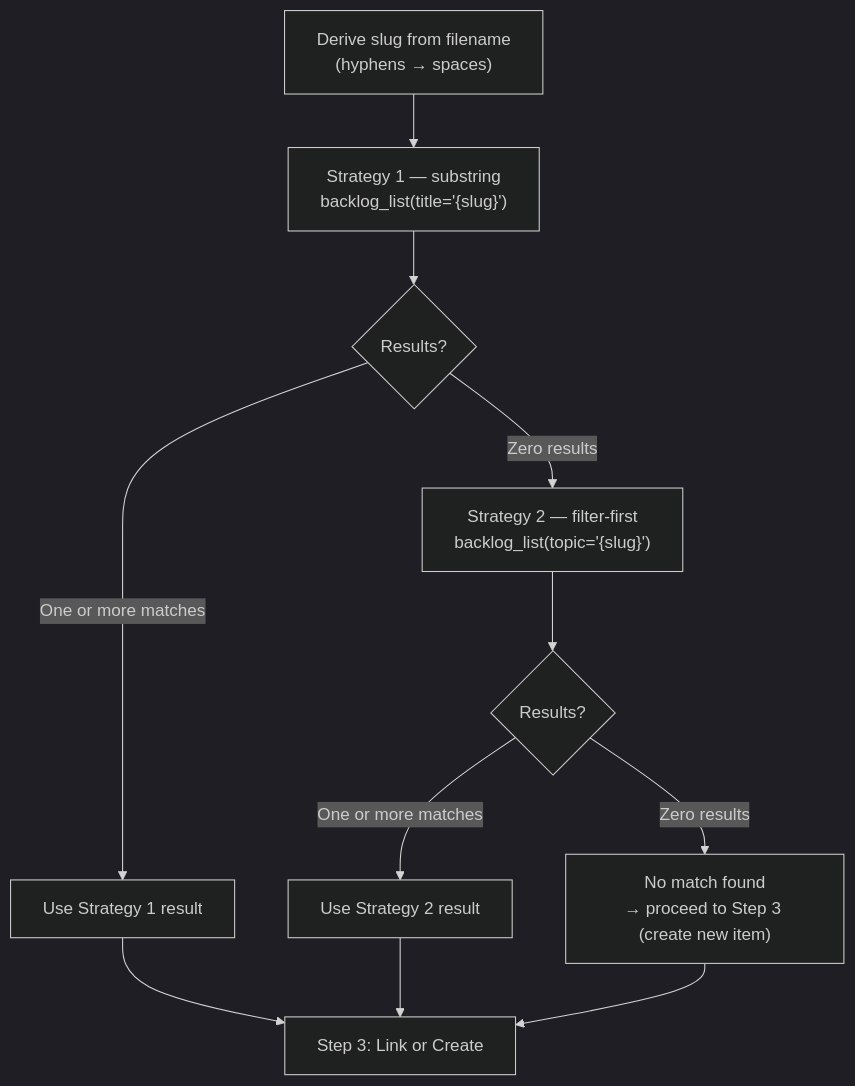
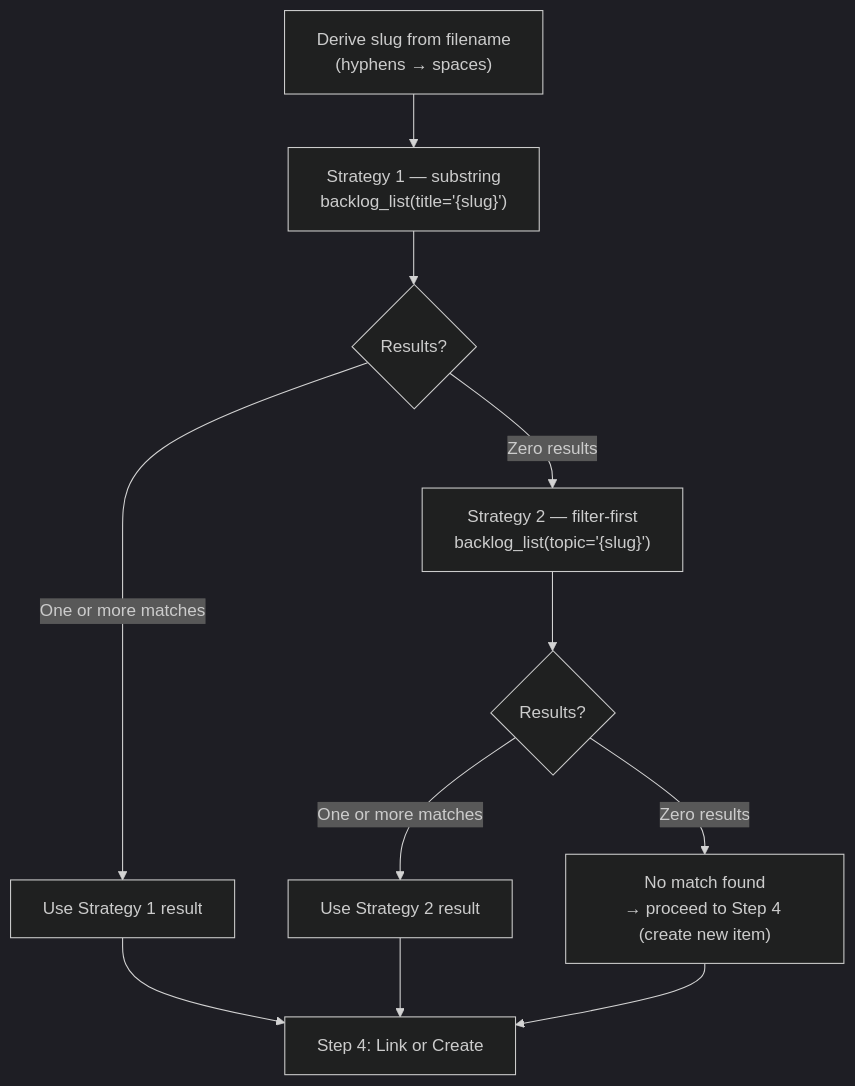
One commit to chgreer1070/claude_skills changed the ninth of 10 diagrams in plugins/development-harness/skills/complete-implementation/SKILL.md. Above: the diagram before and after it, drawn with Mermaid (dark theme). The commit also changed other lines of this file and 6 other files, not shown here.

````diff
--- a/plugins/development-harness/skills/complete-implementation/SKILL.md
+++ b/plugins/development-harness/skills/complete-implementation/SKILL.md
@@ -572,13 +585,13 @@
 ```mermaid
 flowchart TD
     Derive["Derive slug from filename<br>(hyphens → spaces)"] --> S1["Strategy 1 — substring<br>backlog_list(title='{slug}')"]
     S1 --> R1{Results?}
     R1 -->|One or more matches| UseS1["Use Strategy 1 result"]
     R1 -->|Zero results| S2["Strategy 2 — filter-first<br>backlog_list(topic='{slug}')"]
     S2 --> R2{Results?}
     R2 -->|One or more matches| UseS2["Use Strategy 2 result"]
-    R2 -->|Zero results| NoMatch["No match found<br>→ proceed to Step 3 (create new item)"]
-    UseS1 --> Step3["Step 3: Link or Create"]
-    UseS2 --> Step3
-    NoMatch --> Step3
+    R2 -->|Zero results| NoMatch["No match found<br>→ proceed to Step 4 (create new item)"]
+    UseS1 --> Step4["Step 4: Link or Create"]
+    UseS2 --> Step4
+    NoMatch --> Step4
 ```
````
